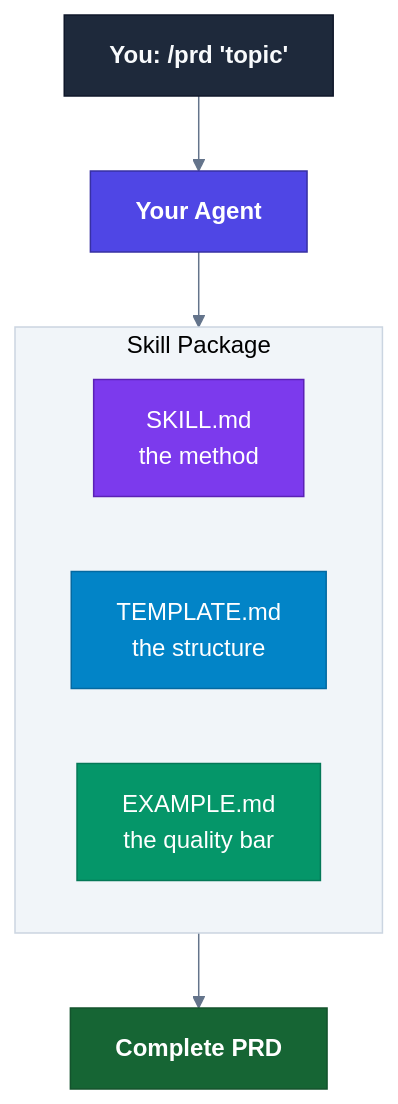
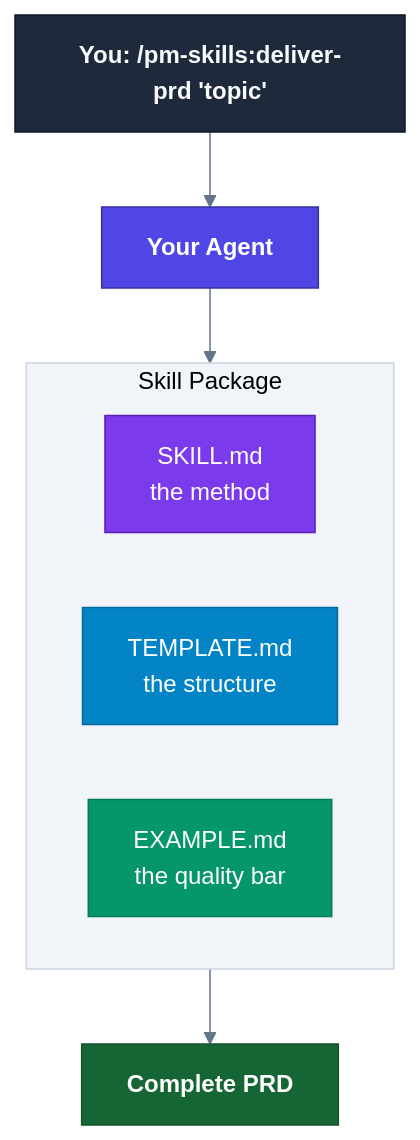
One commit to product-on-purpose/pm-skills changed the fourth of 27 diagrams in docs/internal/diagrams/mermaid-styled-examples.md. Above: the diagram before and after it, drawn with Mermaid. The commit also changed other lines of this file and 4 other files, not shown here.

````diff
--- a/docs/internal/diagrams/mermaid-styled-examples.md
+++ b/docs/internal/diagrams/mermaid-styled-examples.md
@@ -126,24 +126,24 @@
 ```mermaid
 %%{init: {'theme': 'base', 'themeVariables': {'primaryColor': '#f8fafc', 'primaryBorderColor': '#cbd5e1', 'lineColor': '#64748b', 'clusterBkg': '#f1f5f9', 'clusterBorder': '#cbd5e1'}}}%%
 flowchart TD
     classDef user fill:#1e293b,stroke:#0f172a,color:#f8fafc,font-weight:bold
     classDef agent fill:#4f46e5,stroke:#3730a3,color:#fff,font-weight:bold
     classDef skillFile fill:#7c3aed,stroke:#5b21b6,color:#fff
     classDef templateFile fill:#0284c7,stroke:#0369a1,color:#fff
     classDef exampleFile fill:#059669,stroke:#047857,color:#fff
     classDef output fill:#166534,stroke:#14532d,color:#fff,font-weight:bold
 
-    User["You: /prd 'topic'"]:::user
+    User["You: /pm-skills:deliver-prd 'topic'"]:::user
     Agent["Your Agent"]:::agent
     subgraph Files["Skill Package"]
         direction LR
         SKILL["SKILL.md<br/>the method"]:::skillFile
         TEMPLATE["TEMPLATE.md<br/>the structure"]:::templateFile
         EXAMPLE["EXAMPLE.md<br/>the quality bar"]:::exampleFile
     end
     Output["Complete PRD"]:::output
 
     User --> Agent
     Agent --> Files
     Files --> Output
 ```
````
